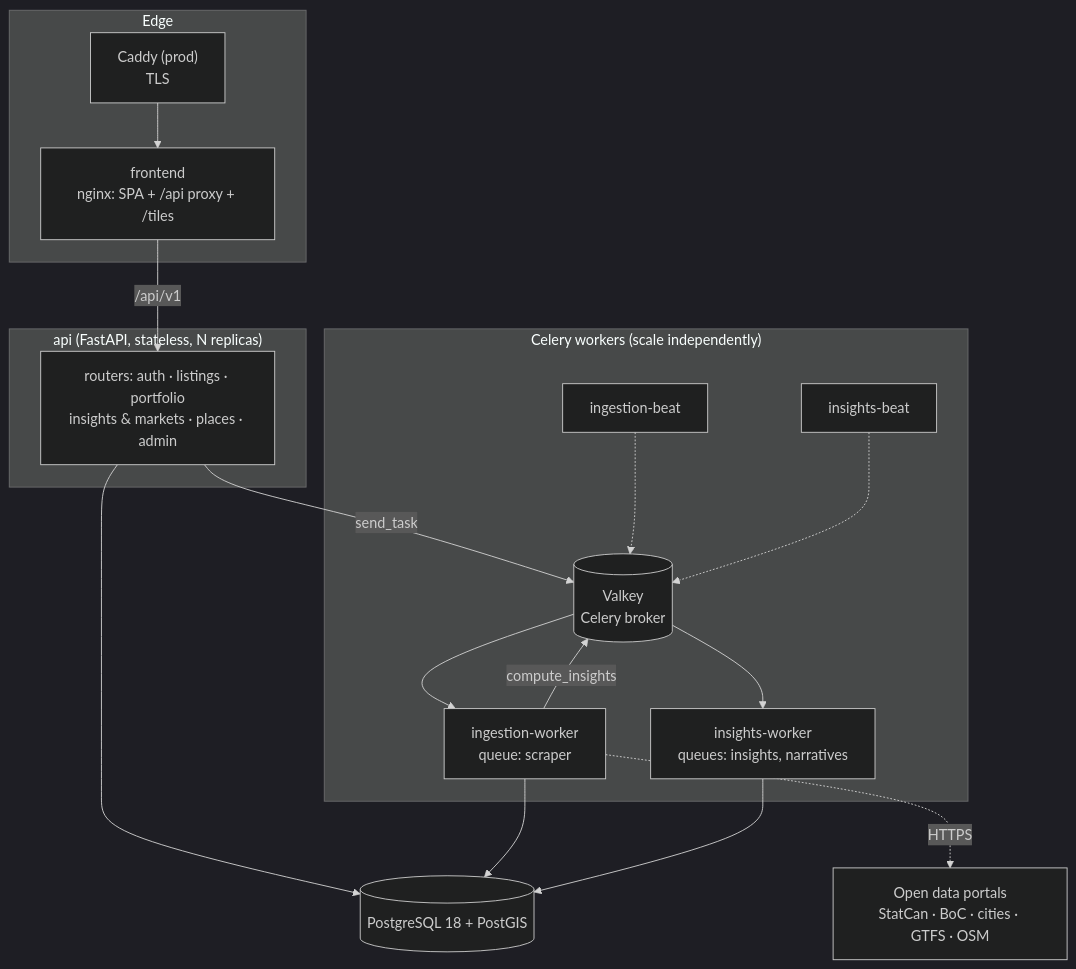
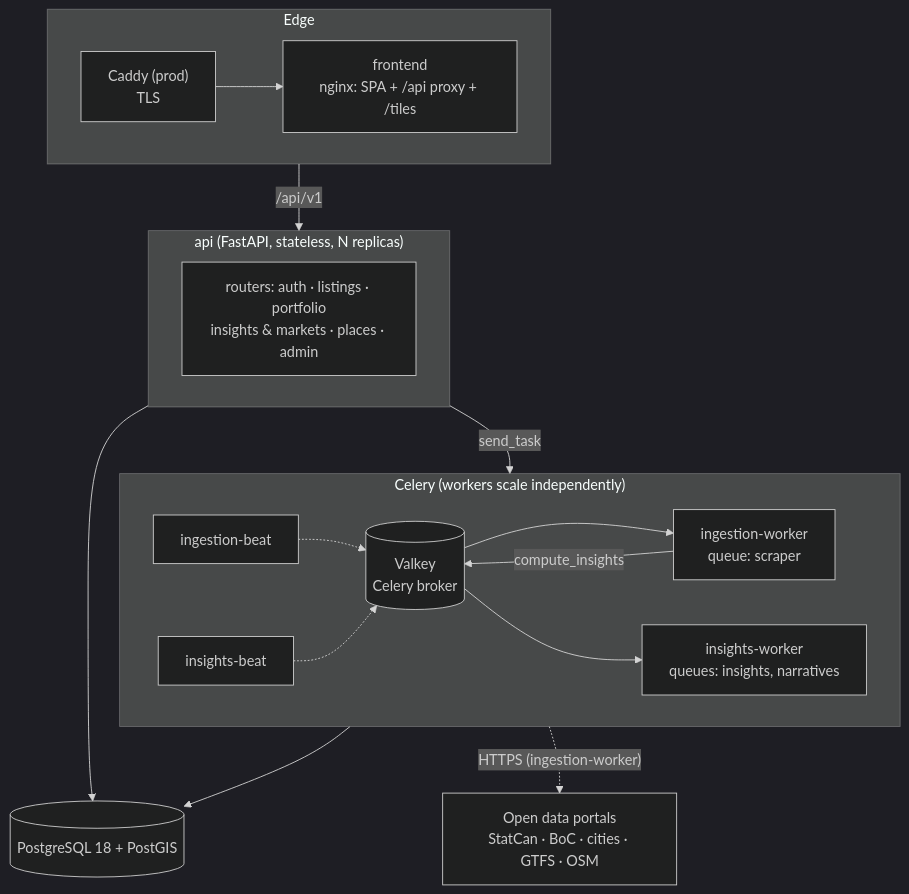
Before and after one commit to e-choness/NeighborIQ: the first of 2 diagrams in docs/development/architecture.md, drawn with Mermaid (dark theme). The commit also changed other lines of this file and 9 other files, not shown here.

Commit message:
update mermaid version

````diff
--- a/docs/development/architecture.md
+++ b/docs/development/architecture.md
@@ -5,26 +5,30 @@
 ```mermaid
 flowchart TB
+    %% Stages connect subgraph to subgraph so each keeps its left-to-right direction under ELK
     subgraph edge["Edge"]
+        direction LR
         Caddy["Caddy (prod)<br/>TLS"] --> Web["frontend<br/>nginx: SPA + /api proxy + /tiles"]
     end
-    Web -->|/api/v1| API
 
     subgraph api["api (FastAPI, stateless, N replicas)"]
         API["routers: auth · listings · portfolio<br/>insights & markets · places · admin"]
     end
 
-    API --> PG[("PostgreSQL 18 + PostGIS")]
-    API -->|send_task| Redis[("Valkey<br/>Celery broker")]
+    subgraph jobs["Celery (workers scale independently)"]
+        direction LR
+        IB["ingestion-beat"] -.-> Redis[("Valkey<br/>Celery broker")]
+        AB["insights-beat"] -.-> Redis
+        Redis --> IW["ingestion-worker<br/>queue: scraper"]
+        Redis --> AW["insights-worker<br/>queues: insights, narratives"]
+        IW -->|compute_insights| Redis
+    end
 
-    subgraph workers["Celery workers (scale independently)"]
-        IW["ingestion-worker<br/>queue: scraper"]
-        AW["insights-worker<br/>queues: insights, narratives"]
-        IB["ingestion-beat"] -.-> Redis
-        AB["insights-beat"] -.-> Redis
-    end
-    Redis --> IW & AW
-    IW --> PG
-    AW --> PG
-    IW -->|compute_insights| Redis
-    IW -. HTTPS .-> OD["Open data portals<br/>StatCan · BoC · cities · GTFS · OSM"]
+    PG[("PostgreSQL 18 + PostGIS")]
+    OD["Open data portals<br/>StatCan · BoC · cities · GTFS · OSM"]
+
+    edge -->|/api/v1| api
+    api -->|send_task| jobs
+    api --> PG
+    jobs --> PG
+    jobs -. "HTTPS (ingestion-worker)" .-> OD
 ```
````
